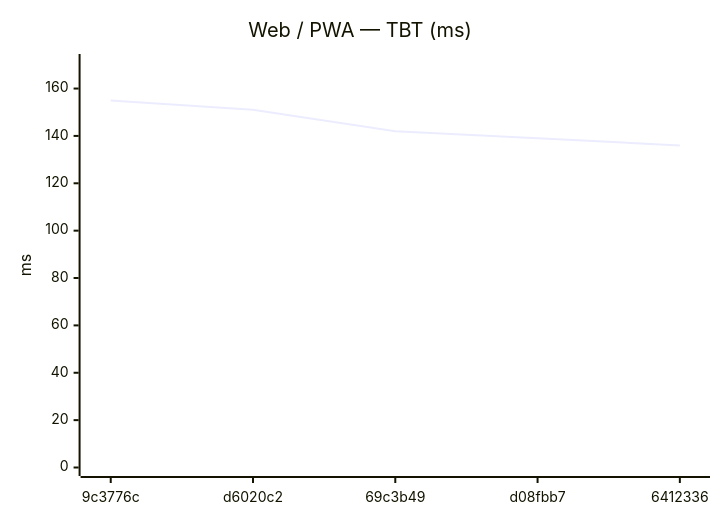
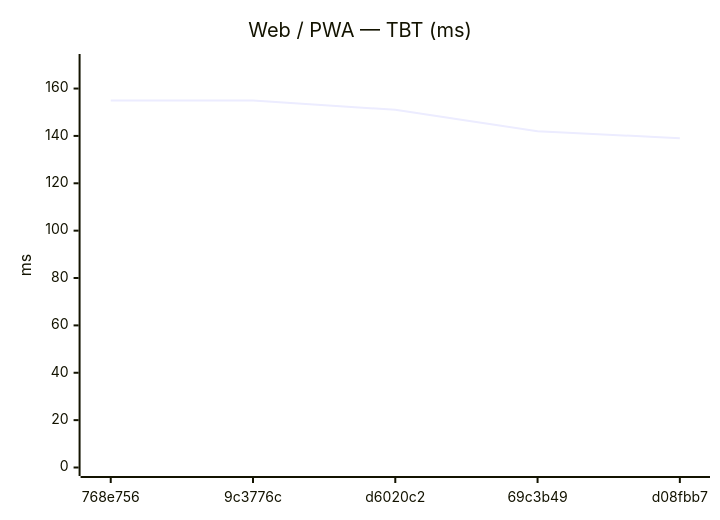
The eighth of 18 diagrams in benchmarks/compare.md (Metaheurist/Rianell), drawn with Mermaid before and after one commit. The commit also changed other lines of this file and 11 other files, not shown here.

````diff
--- a/benchmarks/compare.md
+++ b/benchmarks/compare.md
@@ -124,7 +124,7 @@
 ```mermaid
 xychart-beta
     title "Web / PWA — TBT (ms)"
-    x-axis ["9c3776c", "d6020c2", "69c3b49", "d08fbb7", "6412336"]
+    x-axis ["768e756", "9c3776c", "d6020c2", "69c3b49", "d08fbb7"]
     y-axis "ms" 0 --> 171
-    line [155, 151, 142, 139, 136]
+    line [155, 155, 151, 142, 139]
 ```
````
